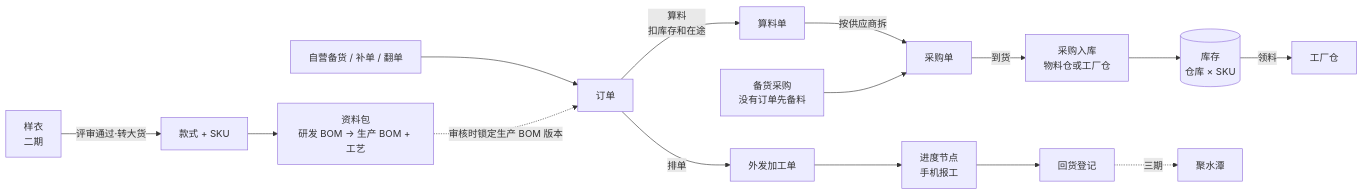
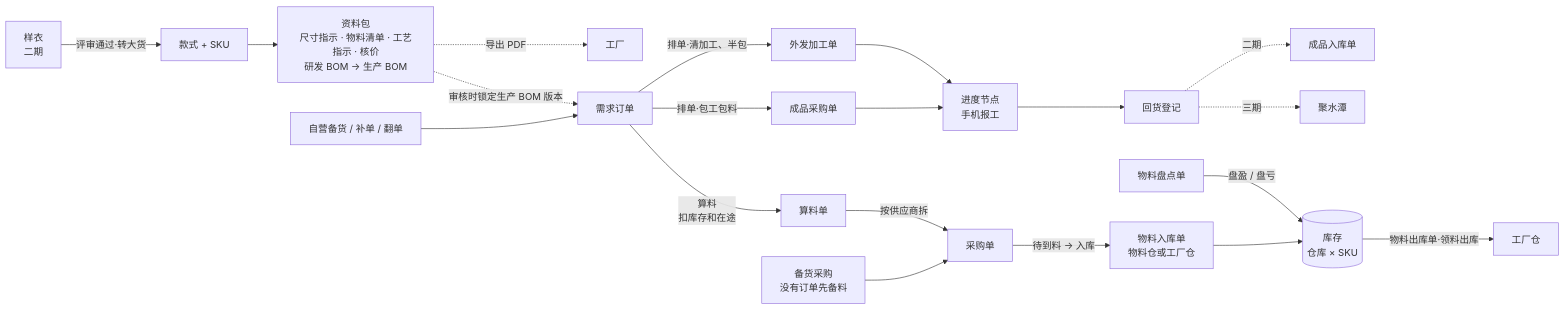
Before and after one commit to xiaoliangao/lingmao: the first of 3 diagrams in docs/PRD.md, drawn with Mermaid. The commit also changed other lines of this file and 3 other files, not shown here.

````diff
--- a/docs/PRD.md
+++ b/docs/PRD.md
@@ -331,17 +356,22 @@
 ```mermaid
 flowchart LR
   S[样衣<br/>二期] -->|评审通过·转大货| ST[款式 + SKU]
-  ST --> TP[资料包<br/>研发 BOM → 生产 BOM + 工艺]
-  C[自营备货 / 补单 / 翻单] --> O[订单]
+  ST --> TP[资料包<br/>尺寸指示 · 物料清单 · 工艺指示 · 核价<br/>研发 BOM → 生产 BOM]
+  TP -.导出 PDF.-> FAC[工厂]
+  C[自营备货 / 补单 / 翻单] --> O[需求订单]
   TP -.审核时锁定生产 BOM 版本.-> O
-  O -->|排单| P[外发加工单]
+  O -->|排单·清加工、半包| P[外发加工单]
+  O -->|排单·包工包料| CP[成品采购单]
   O -->|算料<br/>扣库存和在途| M[算料单]
   M -->|按供应商拆| PO[采购单]
   BH[备货采购<br/>没有订单先备料] --> PO
-  PO -->|到货| IN[采购入库<br/>物料仓或工厂仓]
+  PO -->|待到料 → 入库| IN[物料入库单<br/>物料仓或工厂仓]
   IN --> INV[(库存<br/>仓库 × SKU)]
-  INV -->|领料| FW[工厂仓]
+  PD[物料盘点单] -->|盘盈 / 盘亏| INV
+  INV -->|物料出库单·领料出库| FW[工厂仓]
   P --> N[进度节点<br/>手机报工]
+  CP --> N
   N --> R[回货登记]
+  R -.二期.-> FG[成品入库单]
   R -.三期.-> JST[聚水潭]
 ```
````
